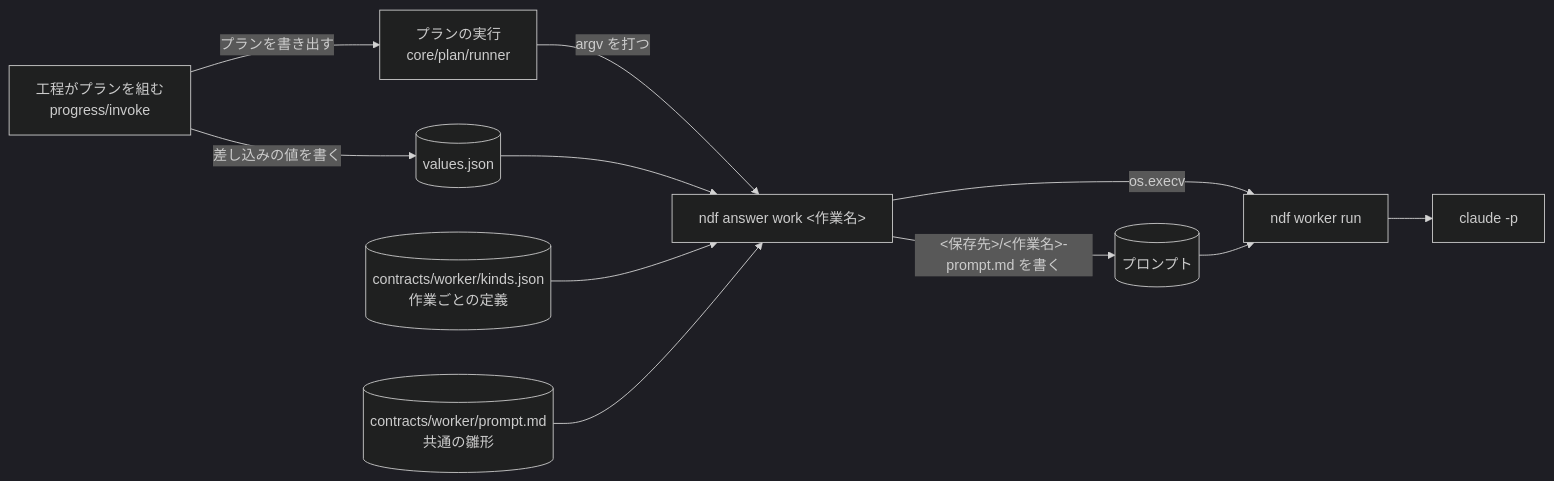
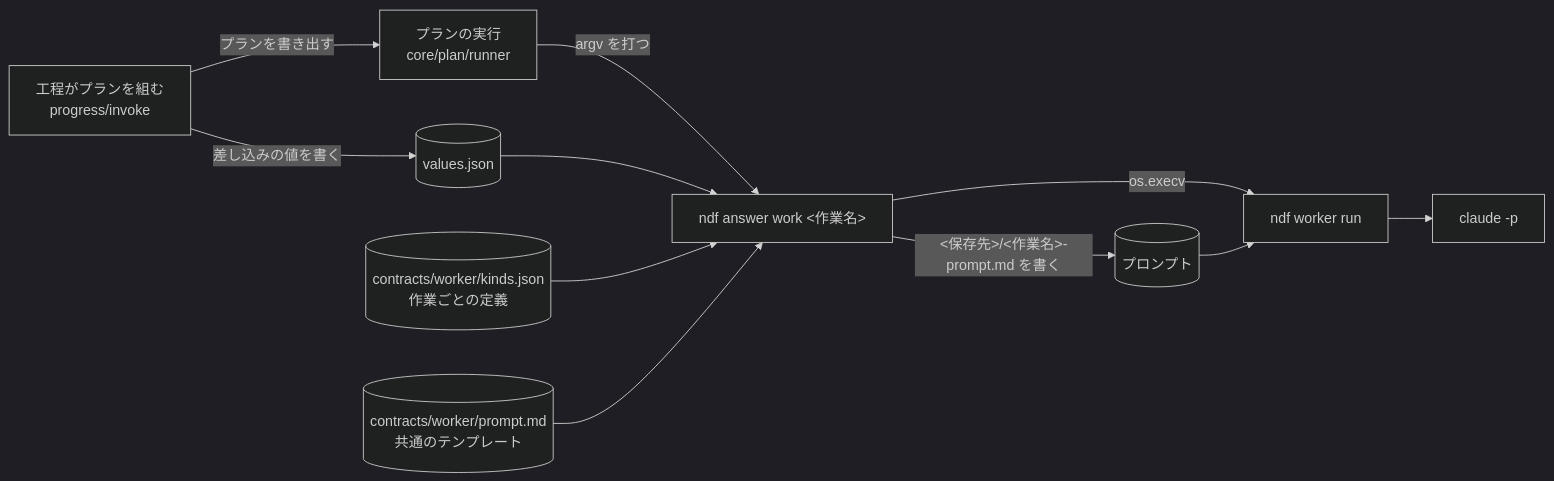
One commit to devbasex/ai-plugins changed the second of 4 diagrams in issues/issue-3908-design.md. Above: the diagram before and after it, drawn with Mermaid (dark theme). The commit also changed other lines of this file and 5 other files, not shown here.

````diff
--- a/issues/issue-3908-design.md
+++ b/issues/issue-3908-design.md
@@ -38,13 +39,13 @@
 ```mermaid
 flowchart LR
     I["工程がプランを組む<br/>progress/invoke"] -->|"差し込みの値を書く"| VJ[("values.json")]
     I -->|"プランを書き出す"| R["プランの実行<br/>core/plan/runner"]
     R -->|"argv を打つ"| AW["ndf answer work &lt;作業名&gt;"]
     VJ --> AW
     K[("contracts/worker/kinds.json<br/>作業ごとの定義")] --> AW
-    TP[("contracts/worker/prompt.md<br/>共通の雛形")] --> AW
+    TP[("contracts/worker/prompt.md<br/>共通のテンプレート")] --> AW
     AW -->|"&lt;保存先&gt;/&lt;作業名&gt;-prompt.md を書く"| PF[("プロンプト")]
     AW -->|"os.execv"| WR["ndf worker run"]
     PF --> WR
     WR --> C["claude -p"]
 ```
````
